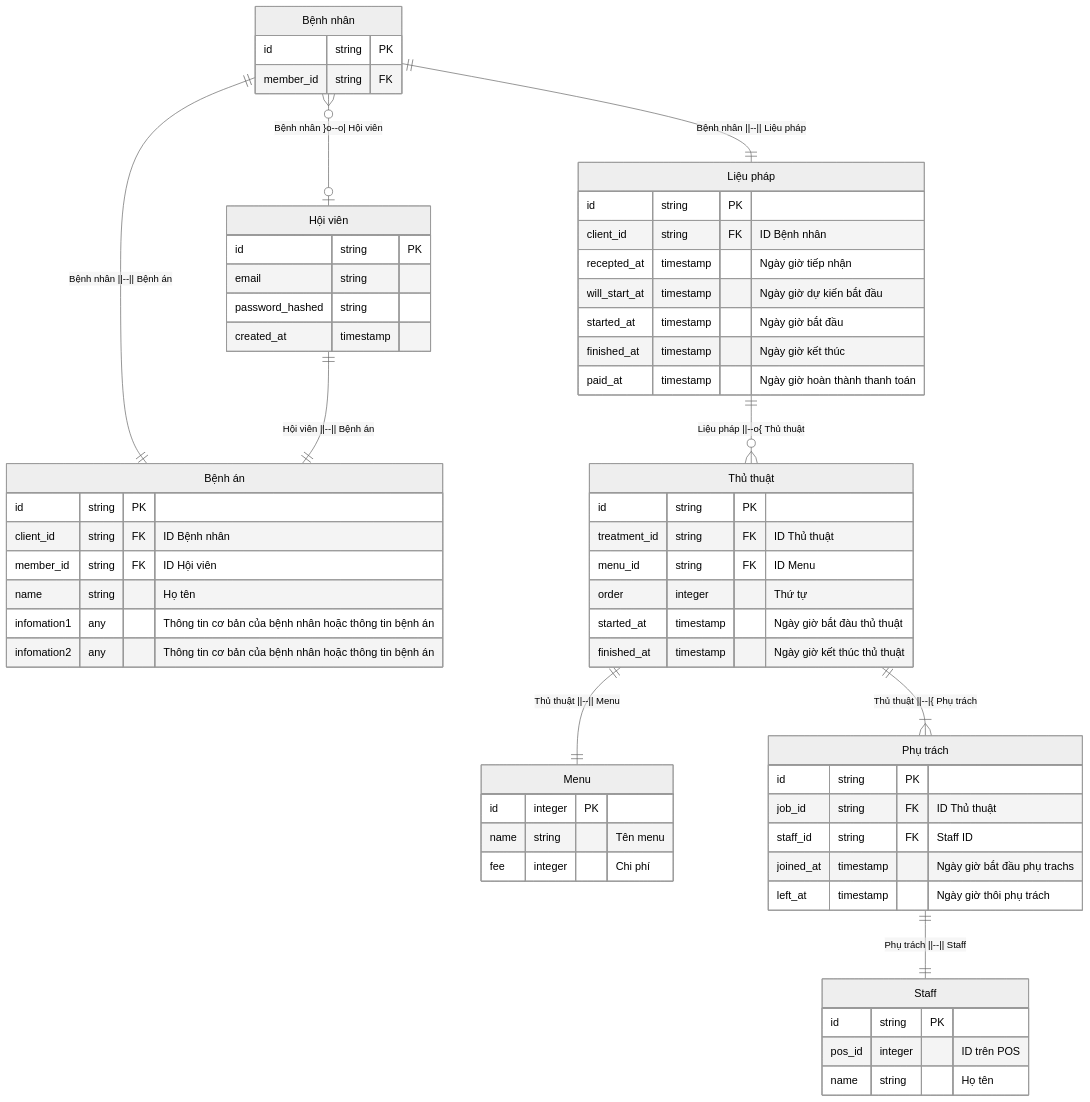
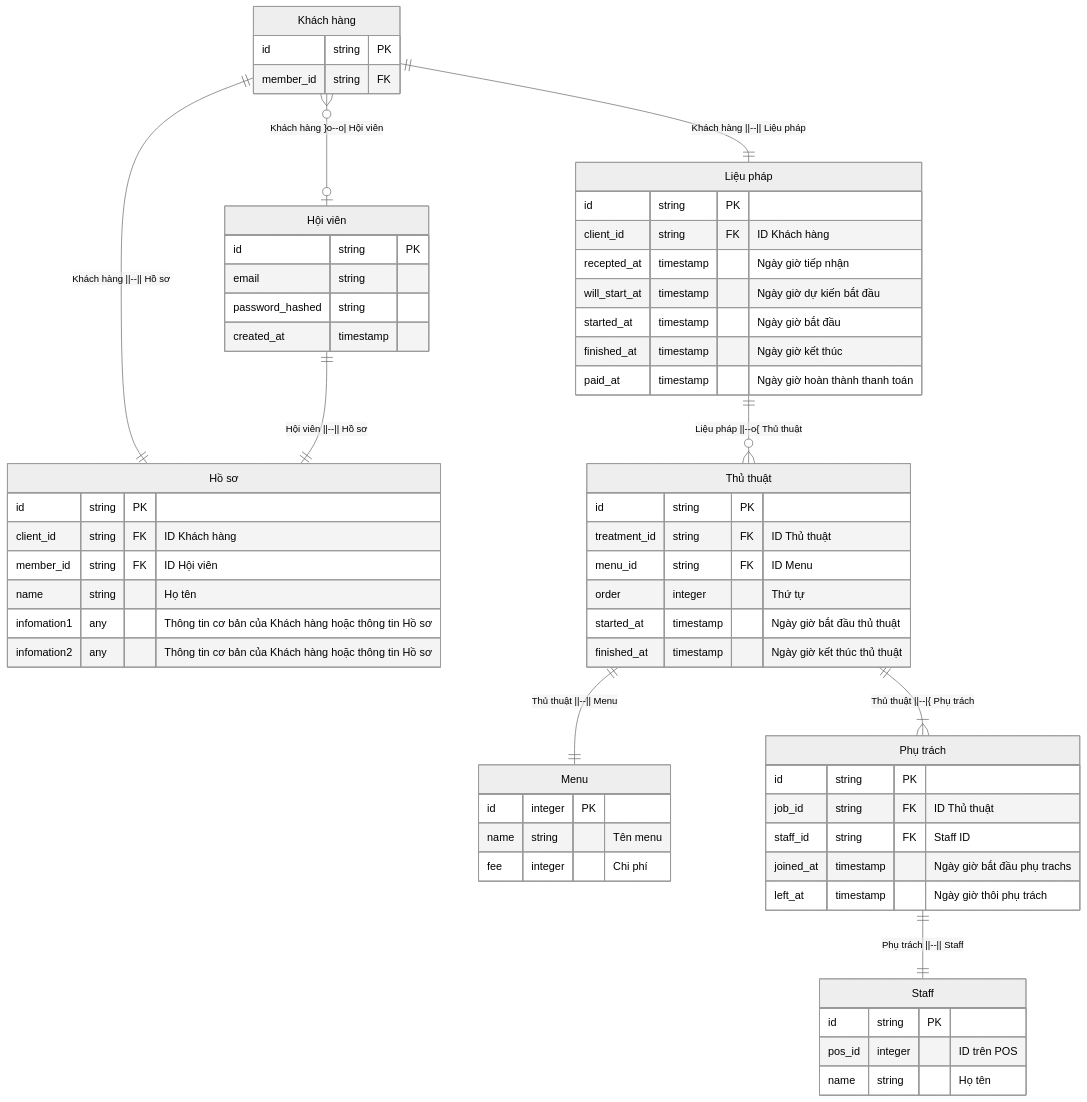
The diagram in VN_DB design_データベース設計イメージ_座席端末用アプリ.md (Kien-Bui/Test_sample), drawn with Mermaid (neutral theme) before and after one commit.

Commit message:
Update VN_DB design_データベース設計イメージ_座席端末用アプリ.md

````diff
--- a/VN_DB design_データベース設計イメージ_座席端末用アプリ.md
+++ b/VN_DB design_データベース設計イメージ_座席端末用アプリ.md
@@ -9,72 +9,72 @@
 ```mermaid
 erDiagram
 
-"Bệnh nhân" }o--o| "Hội viên": "Bệnh nhân }o--o| Hội viên"
-"Bệnh nhân" ||--|| "Bệnh án": "Bệnh nhân ||--|| Bệnh án"
-"Hội viên" ||--|| "Bệnh án": "Hội viên ||--|| Bệnh án"
-"Bệnh nhân" ||--|| "Liệu pháp": "Bệnh nhân ||--|| Liệu pháp"
+"Khách hàng" }o--o| "Hội viên": "Khách hàng }o--o| Hội viên"
+"Khách hàng" ||--|| "Hồ sơ": "Khách hàng ||--|| Hồ sơ"
+"Hội viên" ||--|| "Hồ sơ": "Hội viên ||--|| Hồ sơ"
+"Khách hàng" ||--|| "Liệu pháp": "Khách hàng ||--|| Liệu pháp"
 "Liệu pháp" ||--o{ "Thủ thuật": "Liệu pháp ||--o{ Thủ thuật"
 "Thủ thuật" ||--|| "Menu": "Thủ thuật ||--|| Menu"
 "Thủ thuật" ||--|{ "Phụ trách": "Thủ thuật ||--|{ Phụ trách"
 "Phụ trách" ||--|| "Staff": "Phụ trách ||--|| Staff"
 
 "Hội viên" {
     id string PK
     email string
     password_hashed string
     created_at timestamp
 }
 
-"Bệnh nhân" {
+"Khách hàng" {
     id string PK
     member_id string FK
 }
 
-"Bệnh án" {
+"Hồ sơ" {
     id string PK
-    client_id string FK "ID Bệnh nhân"
+    client_id string FK "ID Khách hàng"
     member_id string FK "ID Hội viên"
     name string "Họ tên"
-    infomation1 any "Thông tin cơ bản của bệnh nhân hoặc thông tin bệnh án"
-    infomation2 any "Thông tin cơ bản của bệnh nhân hoặc thông tin bệnh án"
+    infomation1 any "Thông tin cơ bản của Khách hàng hoặc thông tin Hồ sơ"
+    infomation2 any "Thông tin cơ bản của Khách hàng hoặc thông tin Hồ sơ"
 }
 
 "Liệu pháp" {
     id string PK
-    client_id string FK "ID Bệnh nhân"
+    client_id string FK "ID Khách hàng"
     recepted_at timestamp "Ngày giờ tiếp nhận"
     will_start_at timestamp "Ngày giờ dự kiến bắt đầu"
     started_at timestamp "Ngày giờ bắt đầu"
     finished_at timestamp "Ngày giờ kết thúc"
     paid_at timestamp "Ngày giờ hoàn thành thanh toán"
 }
 
 "Menu" {
     id integer PK
     name string "Tên menu"
     fee integer "Chi phí"
 }
 
 "Thủ thuật" {
     id string PK
     treatment_id string FK "ID Thủ thuật"
     menu_id string FK "ID Menu"
     order integer "Thứ tự"
-    started_at timestamp "Ngày giờ bắt đàu thủ thuật"
+    started_at timestamp "Ngày giờ bắt đầu thủ thuật"
     finished_at timestamp "Ngày giờ kết thúc thủ thuật"
 }
 
 "Staff" {
     id string PK
     pos_id integer "ID trên POS"
     name string "Họ tên"
 }
 
 "Phụ trách" {
     id string PK
     job_id string FK "ID Thủ thuật"
     staff_id string FK "Staff ID"
     joined_at timestamp "Ngày giờ bắt đầu phụ trachs"
     left_at timestamp "Ngày giờ thôi phụ trách"
 }
 ```
````
